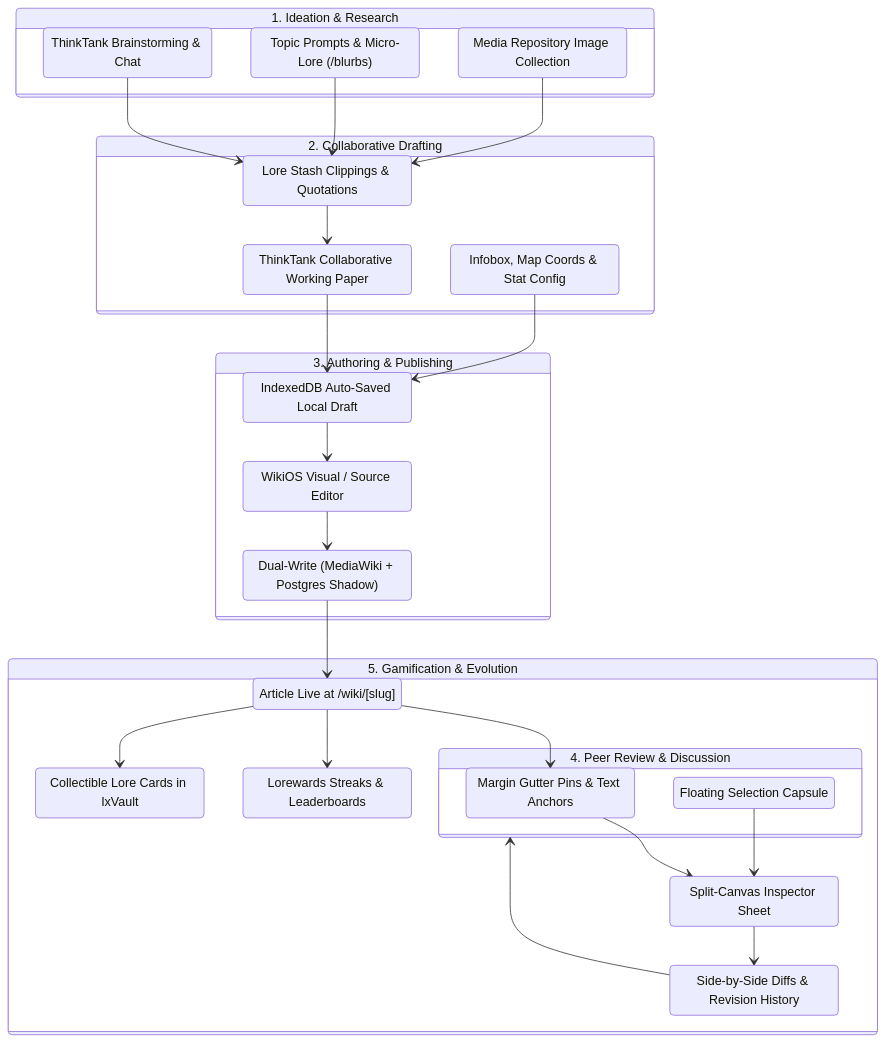
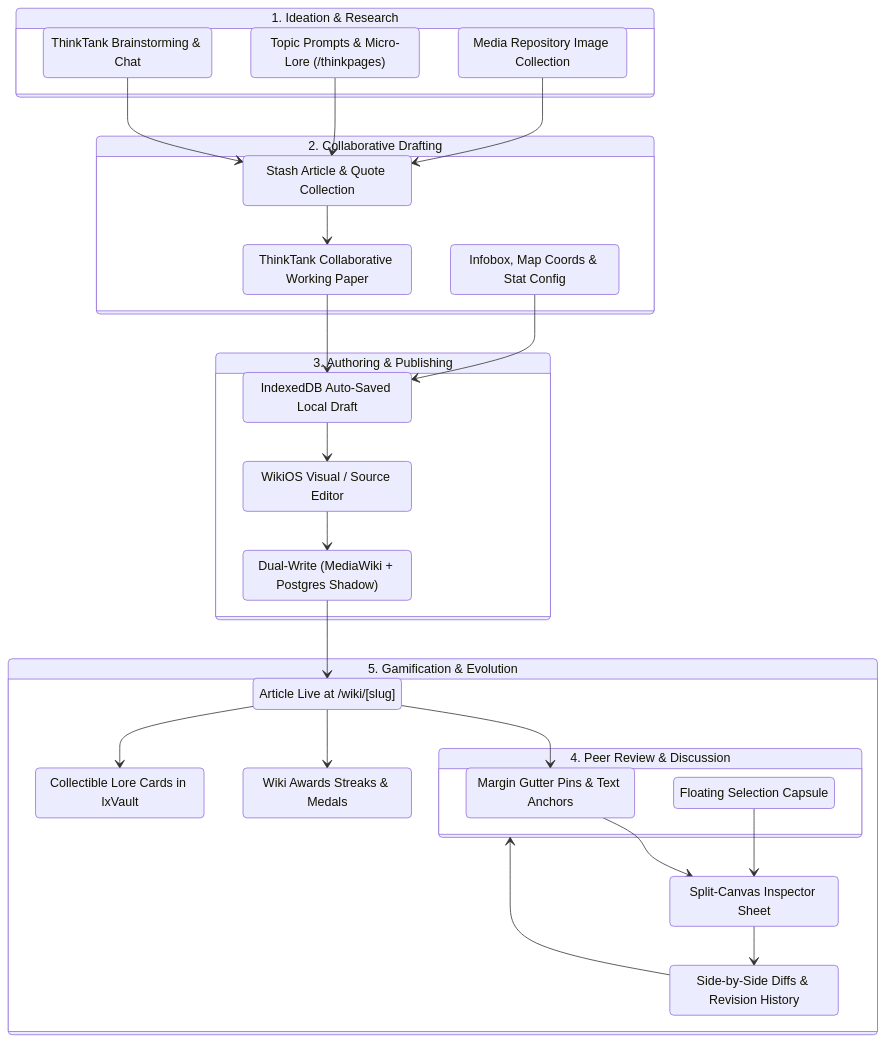
Before and after one commit to algolds/ixstats: the diagram in docs/systems/lore-lifecycle.md, drawn with Mermaid. The commit also changed other lines of this file and 454 other files, not shown here.

````diff
--- a/docs/systems/lore-lifecycle.md
+++ b/docs/systems/lore-lifecycle.md
@@ -29,56 +29,56 @@
 ```mermaid
 stateDiagram-v2
     direction TB
     
     state "1. Ideation & Research" as Phase1 {
         ThinkTankChat: ThinkTank Brainstorming & Chat
-        BlurbsPrompt: Topic Prompts & Micro-Lore (/blurbs)
-        LoreStash: Lore Stash Clippings & Quotations
+        BlurbsPrompt: Topic Prompts & Micro-Lore (/thinkpages)
+        Stash: Stash Article & Quote Collection
         Repository: Media Repository Image Collection
         
-        ThinkTankChat --> LoreStash
-        BlurbsPrompt --> LoreStash
-        Repository --> LoreStash
+        ThinkTankChat --> Stash
+        BlurbsPrompt --> Stash
+        Repository --> Stash
     }
     
     state "2. Collaborative Drafting" as Phase2 {
         WorkingDoc: ThinkTank Collaborative Working Paper
         TemplateConfig: Infobox, Map Coords & Stat Config
         LocalDraft: IndexedDB Auto-Saved Local Draft
         
-        LoreStash --> WorkingDoc
+        Stash --> WorkingDoc
         WorkingDoc --> LocalDraft
         TemplateConfig --> LocalDraft
     }
     
     state "3. Authoring & Publishing" as Phase3 {
         VisualEditor: WikiOS Visual / Source Editor
         MediaWikiSave: Dual-Write (MediaWiki + Postgres Shadow)
         ArticleLive: Article Live at /wiki/[slug]
         
         LocalDraft --> VisualEditor
         VisualEditor --> MediaWikiSave
         MediaWikiSave --> ArticleLive
     }
     
     state "4. Peer Review & Discussion" as Phase4 {
         Inspector: Split-Canvas Inspector Sheet
         GutterPins: Margin Gutter Pins & Text Anchors
         SelectionPill: Floating Selection Capsule
         
         ArticleLive --> GutterPins
         GutterPins --> Inspector
         SelectionPill --> Inspector
     }
     
     state "5. Gamification & Evolution" as Phase5 {
-        Lorewards: Lorewards Streaks & Leaderboards
+        WikiAwards: Wiki Awards Streaks & Medals
         LoreCards: Collectible Lore Cards in IxVault
         RevisionSync: Side-by-Side Diffs & Revision History
         
         Inspector --> RevisionSync
-        ArticleLive --> Lorewards
+        ArticleLive --> WikiAwards
         ArticleLive --> LoreCards
         RevisionSync --> Phase4
     }
 ```
````
